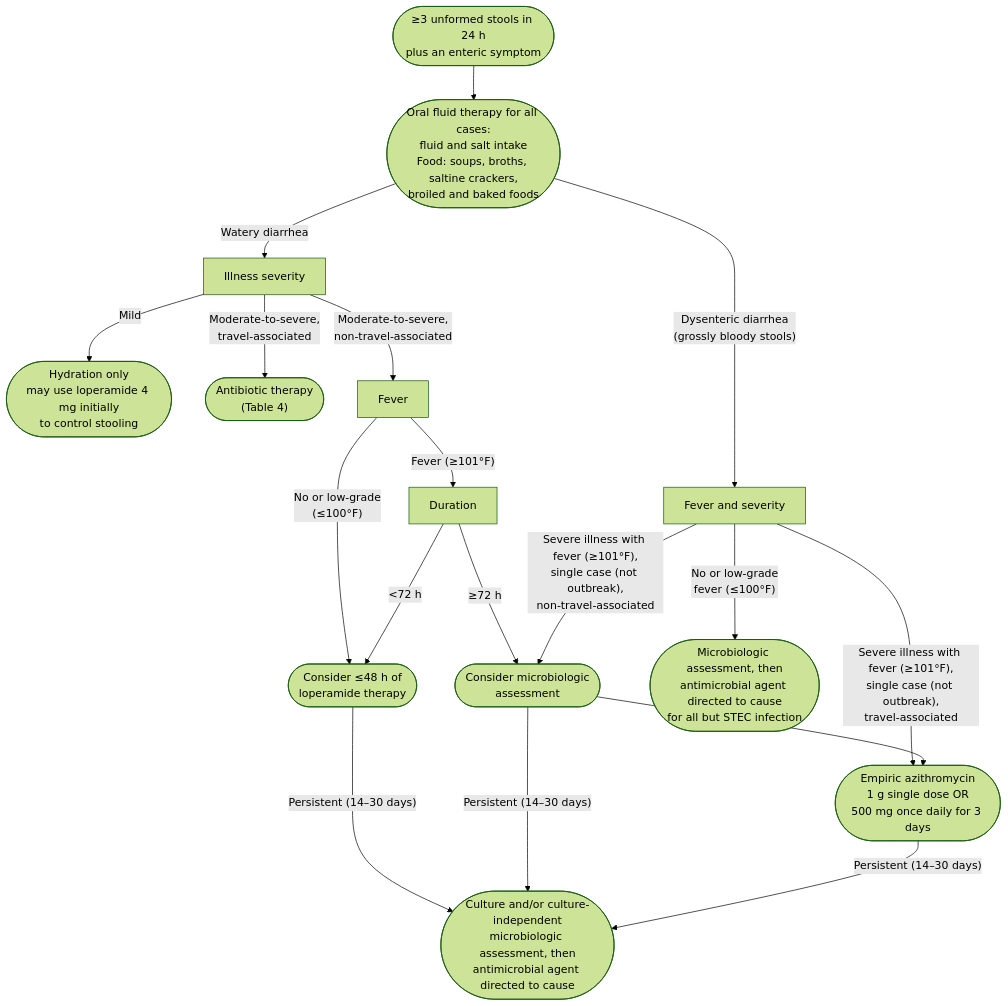
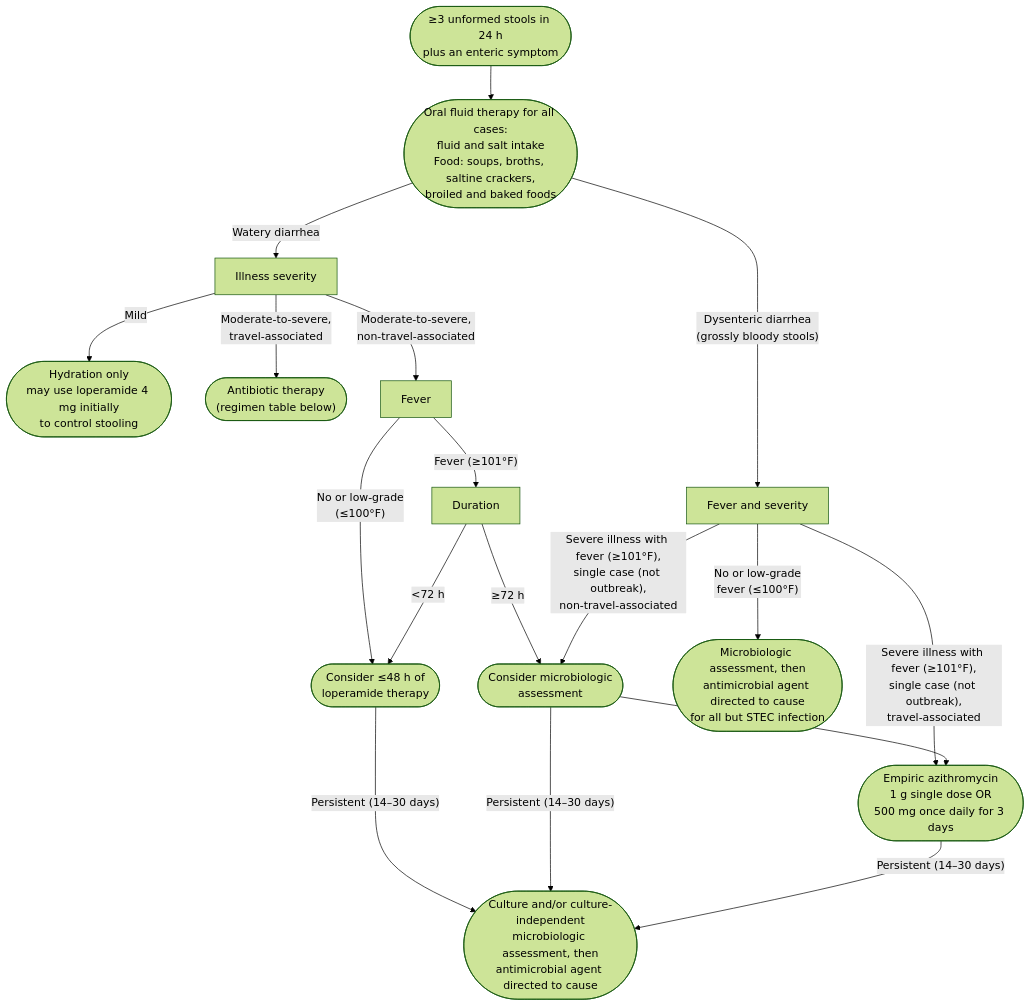
The diagram in KHNL-GI-Wiki/wiki/2-diagnostic-schemas/acute-diarrhea.md (KHNickLeMD/KHNL-GI-Wiki), drawn with Mermaid (forest theme) before and after one commit. The commit also changed other lines of this file and 28 other files, not shown here.

````diff
--- a/KHNL-GI-Wiki/wiki/2-diagnostic-schemas/acute-diarrhea.md
+++ b/KHNL-GI-Wiki/wiki/2-diagnostic-schemas/acute-diarrhea.md
@@ -113,23 +119,23 @@
 ```mermaid
 flowchart TD
     A(["≥3 unformed stools in 24 h<br/>plus an enteric symptom"]) --> B(["Oral fluid therapy for all cases:<br/>fluid and salt intake<br/>Food: soups, broths, saltine crackers,<br/>broiled and baked foods"])
     B -- "Watery diarrhea" --> S["Illness severity"]
     S -- "Mild" --> H(["Hydration only<br/>may use loperamide 4 mg initially<br/>to control stooling"])
-    S -- "Moderate-to-severe,<br/>travel-associated" --> AB(["Antibiotic therapy<br/>(Table 4)"])
+    S -- "Moderate-to-severe,<br/>travel-associated" --> AB(["Antibiotic therapy<br/>(regimen table below)"])
     S -- "Moderate-to-severe,<br/>non-travel-associated" --> F["Fever"]
     F -- "No or low-grade<br/>(≤100°F)" --> L(["Consider ≤48 h of<br/>loperamide therapy"])
     F -- "Fever (≥101°F)" --> D["Duration"]
     D -- "<72 h" --> L
     D -- "≥72 h" --> M(["Consider microbiologic<br/>assessment"])
     B -- "Dysenteric diarrhea<br/>(grossly bloody stools)" --> G["Fever and severity"]
     G -- "No or low-grade<br/>fever (≤100°F)" --> MD(["Microbiologic assessment, then<br/>antimicrobial agent directed to cause<br/>for all but STEC infection"])
     G -- "Severe illness with fever (≥101°F),<br/>single case (not outbreak),<br/>non-travel-associated" --> M
     G -- "Severe illness with fever (≥101°F),<br/>single case (not outbreak),<br/>travel-associated" --> Z(["Empiric azithromycin<br/>1 g single dose OR<br/>500 mg once daily for 3 days"])
     M --> Z
     L -- "Persistent (14–30 days)" --> P(["Culture and/or culture-independent<br/>microbiologic assessment, then<br/>antimicrobial agent directed to cause"])
     M -- "Persistent (14–30 days)" --> P
     Z -- "Persistent (14–30 days)" --> P
     class A start
     class S,F,D,G test
     class B,H,AB,L,M,MD,Z,P act
 ```
````
